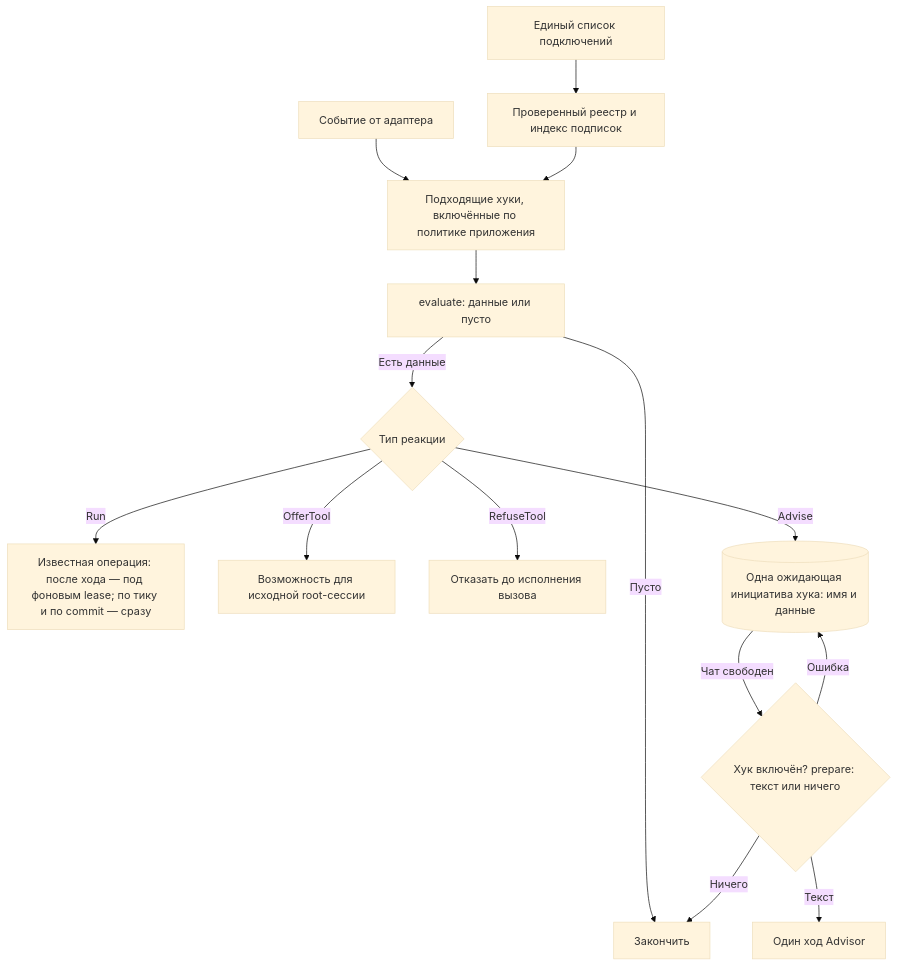
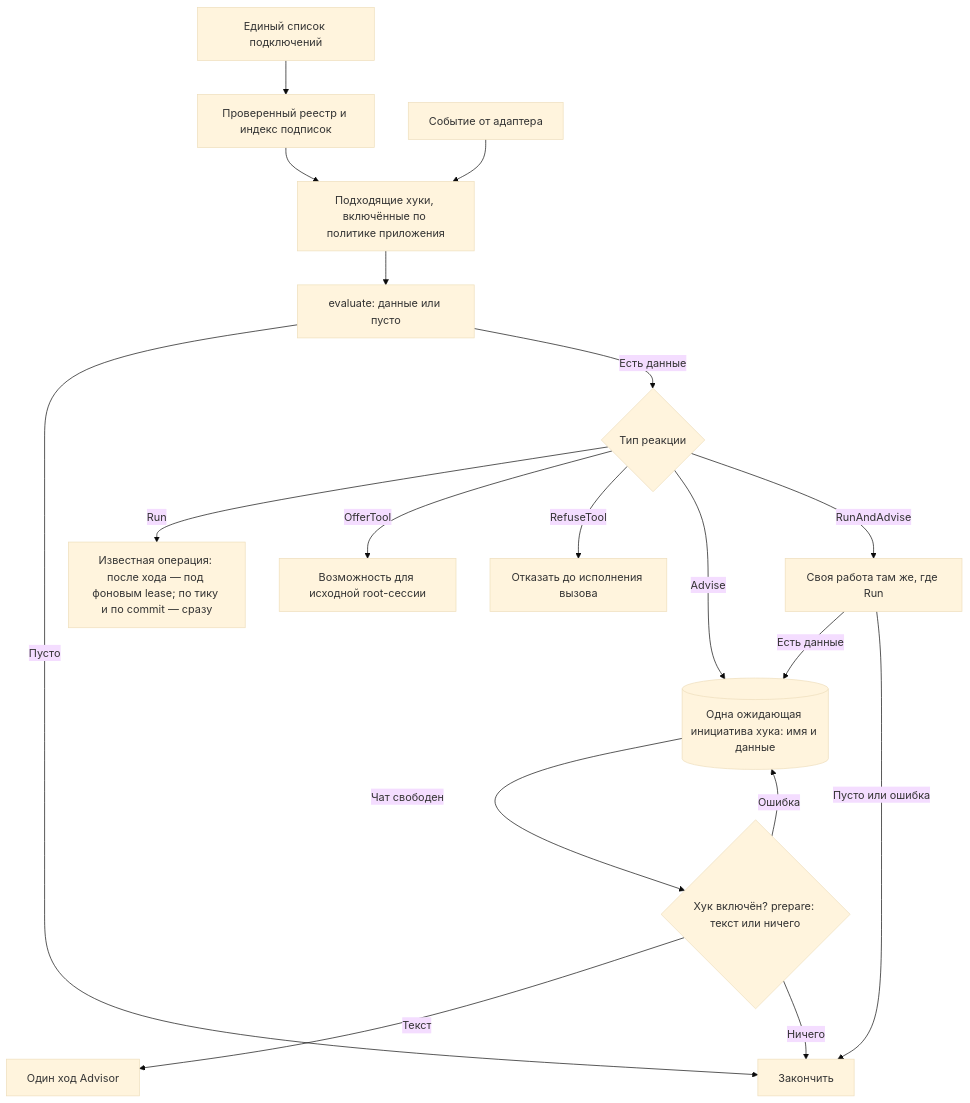
Before and after one commit to myvaheed/tg-ai-safwa: the diagram in docs/HOOK_ARCH.md, drawn with Mermaid (base theme). The commit also changed other lines of this file and 32 other files, not shown here.

First line of the commit message:
v9.156 fix locked-chat leaks and add RunAndAdvise hooks

````diff
--- a/docs/HOOK_ARCH.md
+++ b/docs/HOOK_ARCH.md
@@ -375,17 +382,20 @@
 ```mermaid
 flowchart TD
     A["Единый список подключений"] --> B["Проверенный реестр и индекс подписок"]
     C["Событие от адаптера"] --> D["Подходящие хуки, включённые по политике приложения"]
     B --> D
     D --> E["evaluate: данные или пусто"]
     E -->|Пусто| Z["Закончить"]
     E -->|Есть данные| F{"Тип реакции"}
     F -->|Run| G["Известная операция: после хода — под фоновым lease; по тику и по commit — сразу"]
     F -->|OfferTool| H["Возможность для исходной root-сессии"]
     F -->|RefuseTool| I["Отказать до исполнения вызова"]
     F -->|Advise| J[("Одна ожидающая инициатива хука: имя и данные")]
+    F -->|RunAndAdvise| R["Своя работа там же, где Run"]
+    R -->|Есть данные| J
+    R -->|Пусто или ошибка| Z
     J -->|Чат свободен| K{"Хук включён? prepare: текст или ничего"}
     K -->|Текст| L["Один ход Advisor"]
     K -->|Ничего| Z
     K -->|Ошибка| J
 ```
````
